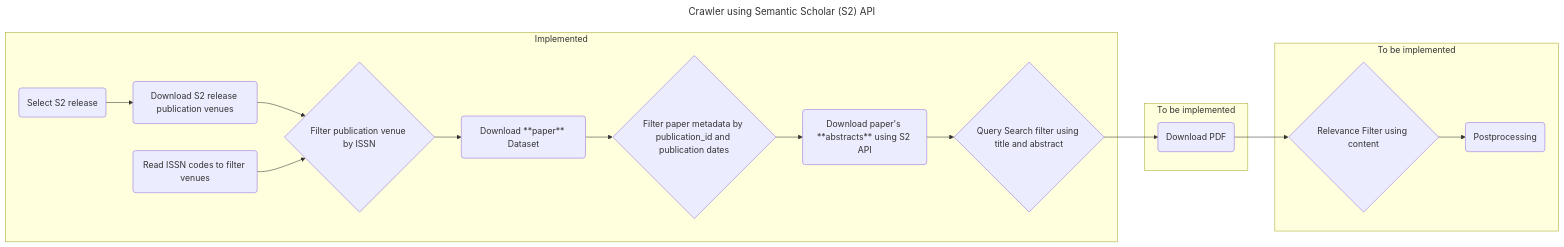
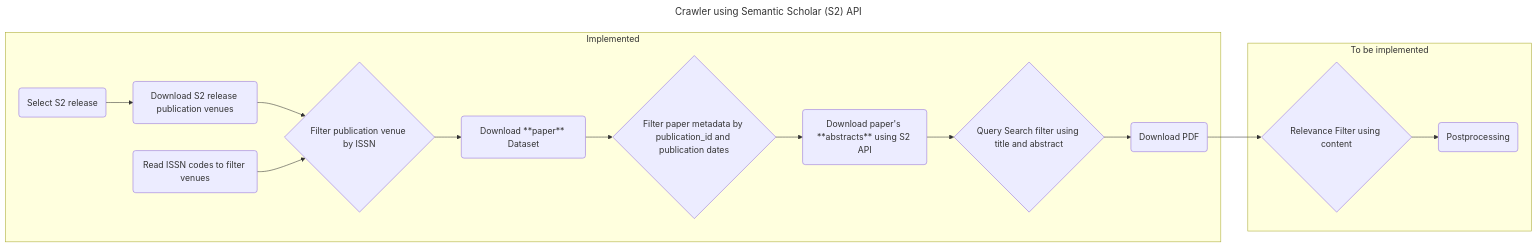
Before and after one commit to DFKI-NLP/kibad-crawler: the diagram in README.md, drawn with Mermaid. The commit also changed 2 other files, not shown here.

Commit message:
Update comments on download open access files functions

````diff
--- a/README.md
+++ b/README.md
@@ -6,24 +6,22 @@
 ```mermaid
 ---
 title: Crawler using Semantic Scholar (S2) API
 ---
 flowchart LR
     subgraph Implemented
     release(Select S2 release) --> publication_venues
     publication_venues(Download S2 release publication venues)
     issn_codes(Read ISSN codes to filter venues)
     publication_venues --> filter_publication_venue{Filter publication venue by ISSN}
     issn_codes --> filter_publication_venue
     filter_publication_venue --> paper_dataset(Download **paper** Dataset)
     paper_dataset --> filter_dates{Filter paper metadata by publication_id and publication dates}
     filter_dates --> abstract_dataset(Download paper's **abstracts** using S2 API)
     abstract_dataset --> search_string{Query Search filter using title and abstract}
-    end
-    subgraph To be implemented
     search_string --> download_pdf(Download PDF)
     end
     subgraph To be implemented
     download_pdf --> relevance_filter{Relevance Filter using content}
     relevance_filter --> postprocessing(Postprocessing)
     end
 ```
````
